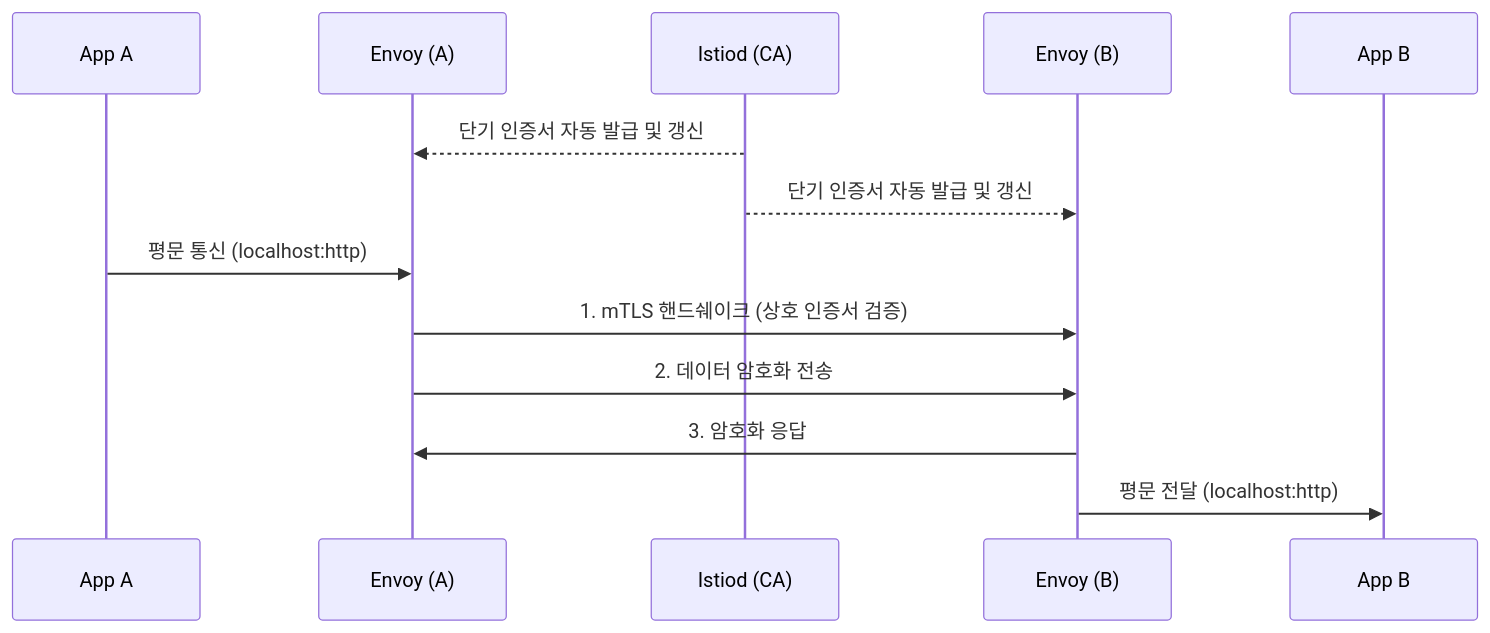
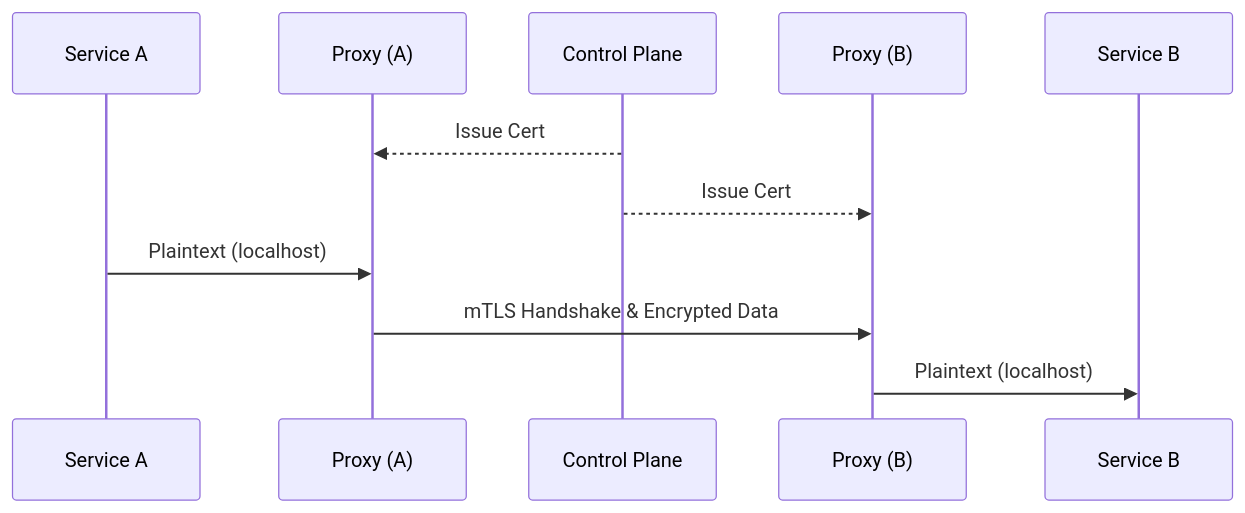
The diagram in _posts/container-orchestration/2026-04-20-service-mesh-03-security.md (No1Joon/No1Joon.github.io), drawn with Mermaid before and after one commit. The commit also changed other lines of this file and 15 other files, not shown here.

````diff
--- a/_posts/container-orchestration/2026-04-20-service-mesh-03-security.md
+++ b/_posts/container-orchestration/2026-04-20-service-mesh-03-security.md
@@ -21,17 +17,15 @@
 ```mermaid
 sequenceDiagram
-    participant A_App as App A
-    participant A_Proxy as Envoy (A)
-    participant Istiod as Istiod (CA)
-    participant B_Proxy as Envoy (B)
-    participant B_App as App B
+    participant A as Service A
+    participant PA as Proxy (A)
+    participant CTRL as Control Plane
+    participant PB as Proxy (B)
+    participant B as Service B
 
-    Istiod-->>A_Proxy: 단기 인증서 자동 발급 및 갱신
-    Istiod-->>B_Proxy: 단기 인증서 자동 발급 및 갱신
-
-    A_App->>A_Proxy: 평문 통신 (localhost:http)
-    A_Proxy->>B_Proxy: 1. mTLS 핸드쉐이크 (상호 인증서 검증)
-    A_Proxy->>B_Proxy: 2. 데이터 암호화 전송
-    B_Proxy->>A_Proxy: 3. 암호화 응답
-    B_Proxy->>B_App: 평문 전달 (localhost:http)
+    CTRL-->>PA: Issue Cert
+    CTRL-->>PB: Issue Cert
+    
+    A->>PA: Plaintext (localhost)
+    PA->>PB: mTLS Handshake & Encrypted Data
+    PB->>B: Plaintext (localhost)
 ```
````
